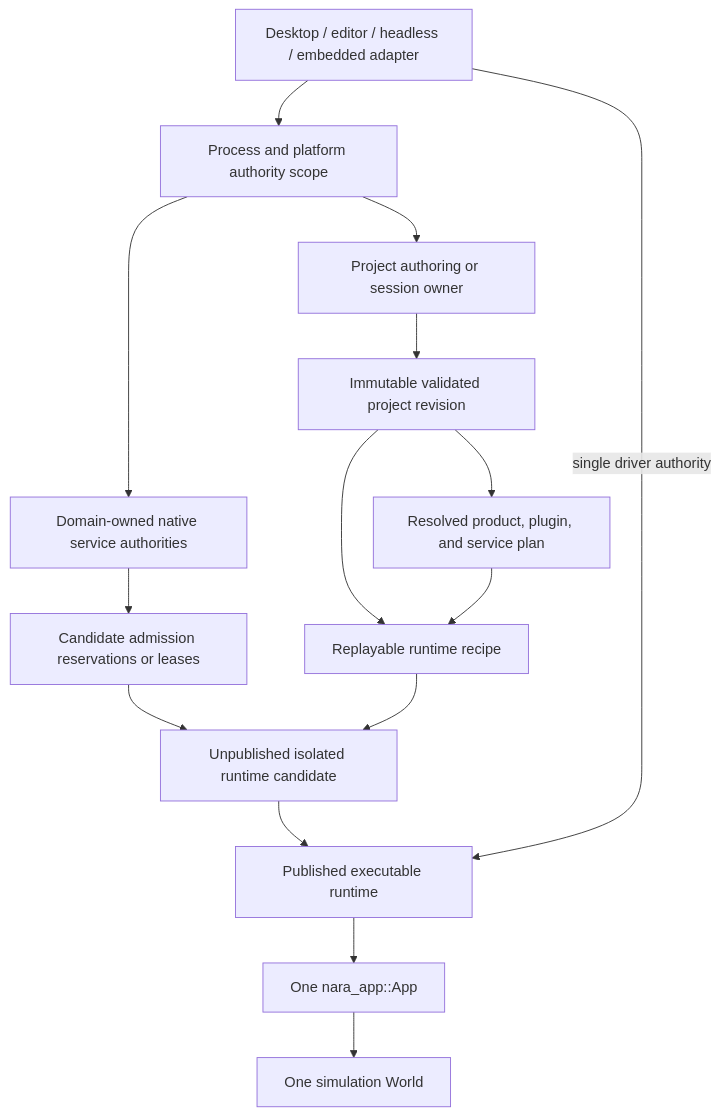
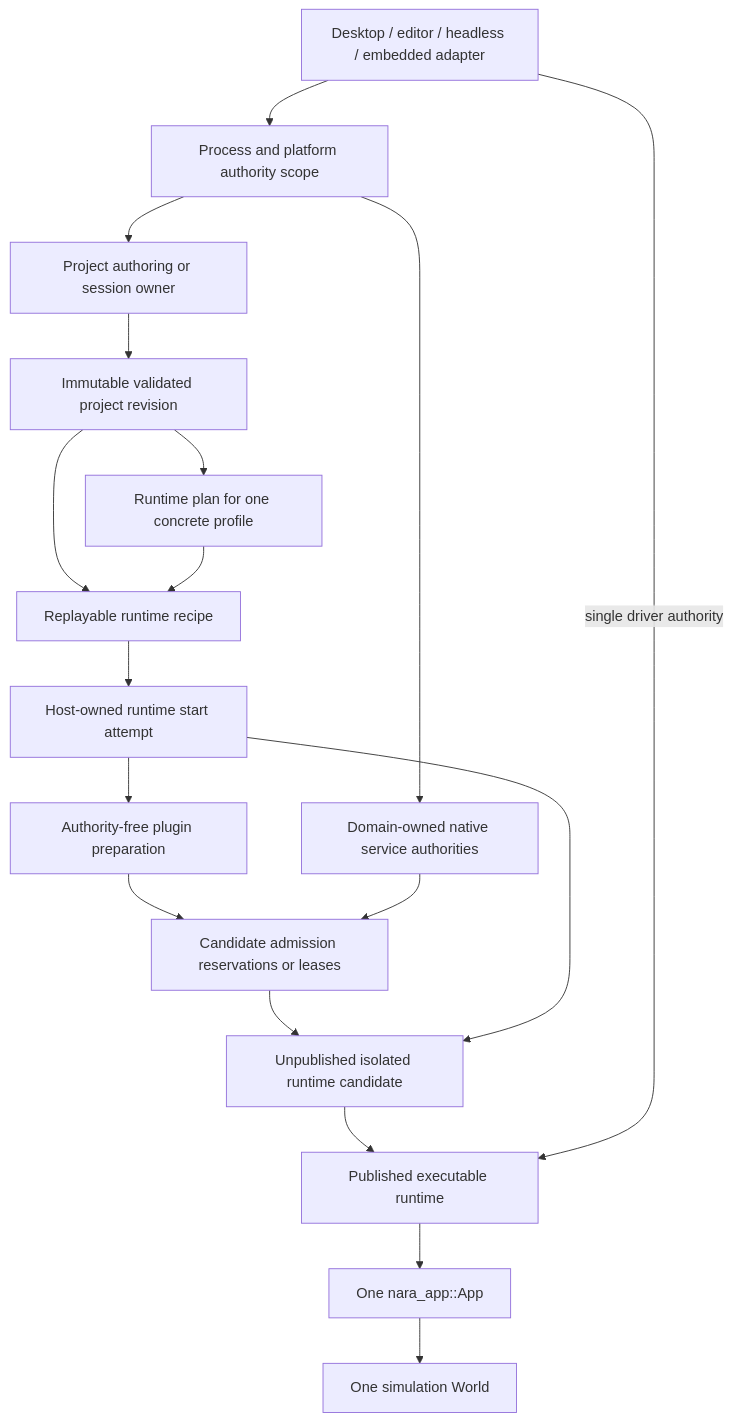
One commit to Latias94/nara changed the first of 2 diagrams in docs/architecture/adr/0082-process-host-authority-and-runtime-construction-topology.md. Above: the diagram before and after it, drawn with Mermaid. The commit also changed other lines of this file and 15 other files, not shown here.

First line of the commit message:
docs(architecture): tighten runtime and authoring interfaces

````diff
--- a/docs/architecture/adr/0082-process-host-authority-and-runtime-construction-topology.md
+++ b/docs/architecture/adr/0082-process-host-authority-and-runtime-construction-topology.md
@@ -46,30 +48,35 @@
 ```mermaid
 flowchart TD
     Adapter[Desktop / editor / headless / embedded adapter]
     Process[Process and platform authority scope]
     Project[Project authoring or session owner]
     Revision[Immutable validated project revision]
-    Plan[Resolved product, plugin, and service plan]
+    Plan[Runtime plan for one concrete profile]
     Recipe[Replayable runtime recipe]
     Services[Domain-owned native service authorities]
+    Start[Host-owned runtime start attempt]
+    Prepare[Authority-free plugin preparation]
     Admission[Candidate admission reservations or leases]
     Candidate[Unpublished isolated runtime candidate]
     Runtime[Published executable runtime]
     App[One nara_app::App]
     World[One simulation World]
 
     Adapter --> Process
     Process --> Project
     Project --> Revision
     Revision --> Plan
     Revision --> Recipe
     Plan --> Recipe
     Process --> Services
+    Recipe --> Start
+    Start --> Prepare
+    Prepare --> Admission
     Services --> Admission
     Admission --> Candidate
-    Recipe --> Candidate
+    Start --> Candidate
     Candidate --> Runtime
     Runtime --> App
     App --> World
     Adapter -->|single driver authority| Runtime
 ```
````
